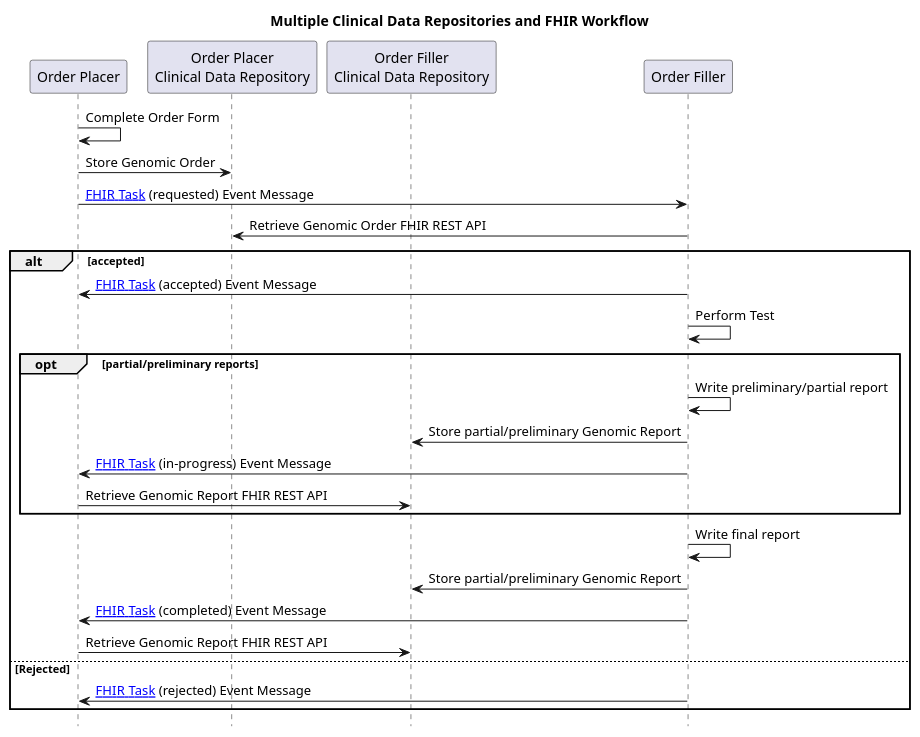
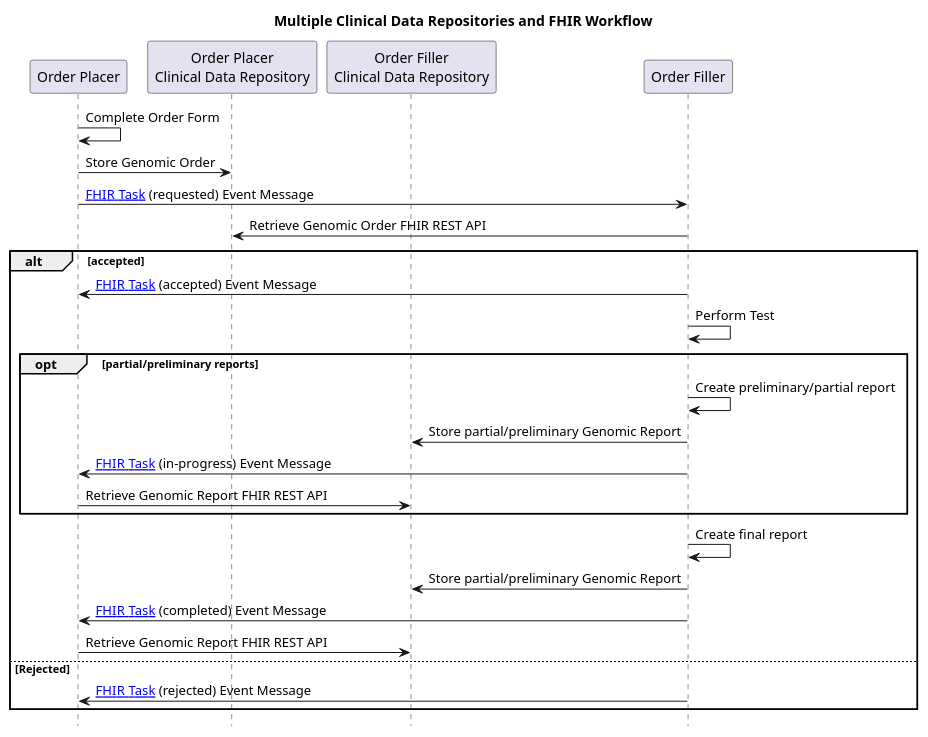
One commit to nw-gmsa/nw-gmsa.github.com changed the diagram in input/images-source/LTW-fhir-sequence.plantuml. Above: the diagram before and after it, drawn with PlantUML. The commit also changed 2 other files, not shown here.

```diff
--- a/input/images-source/LTW-fhir-sequence.plantuml
+++ b/input/images-source/LTW-fhir-sequence.plantuml
@@ -1,40 +1,40 @@
 @startuml
 
 skinparam svgDimensionStyle false
 
 title "Multiple Clinical Data Repositories and FHIR Workflow"
 
 hide footbox
 
 participant "Order Placer" as EPR
 participant "Order Placer\nClinical Data Repository" as CDRO
 participant "Order Filler\nClinical Data Repository" as CDRF
 participant "Order Filler" as LIMS
 
 
 EPR -> EPR: Complete Order Form
 EPR -> CDRO: Store Genomic Order
 EPR -> LIMS: [[StructureDefinition-Task.html FHIR Task]] (requested) Event Message
 LIMS -> CDRO: Retrieve Genomic Order FHIR REST API
 
 alt accepted
 LIMS -> EPR: [[StructureDefinition-Task.html FHIR Task]] (accepted) Event Message
 
 LIMS -> LIMS: Perform Test
 opt partial/preliminary reports
-LIMS -> LIMS: Write preliminary/partial report
+LIMS -> LIMS: Create preliminary/partial report
 
 LIMS -> CDRF: Store partial/preliminary Genomic Report
 LIMS -> EPR: [[StructureDefinition-Task.html FHIR Task]] (in-progress) Event Message
 EPR -> CDRF: Retrieve Genomic Report FHIR REST API
 end
-LIMS -> LIMS: Write final report
+LIMS -> LIMS: Create final report
 
 LIMS -> CDRF: Store partial/preliminary Genomic Report
 LIMS -> EPR: [[StructureDefinition-Task.html FHIR Task]] (completed) Event Message
 EPR -> CDRF: Retrieve Genomic Report FHIR REST API
 
 else Rejected
 LIMS -> EPR: [[StructureDefinition-Task.html FHIR Task]] (rejected) Event Message
 end
 @enduml
```
